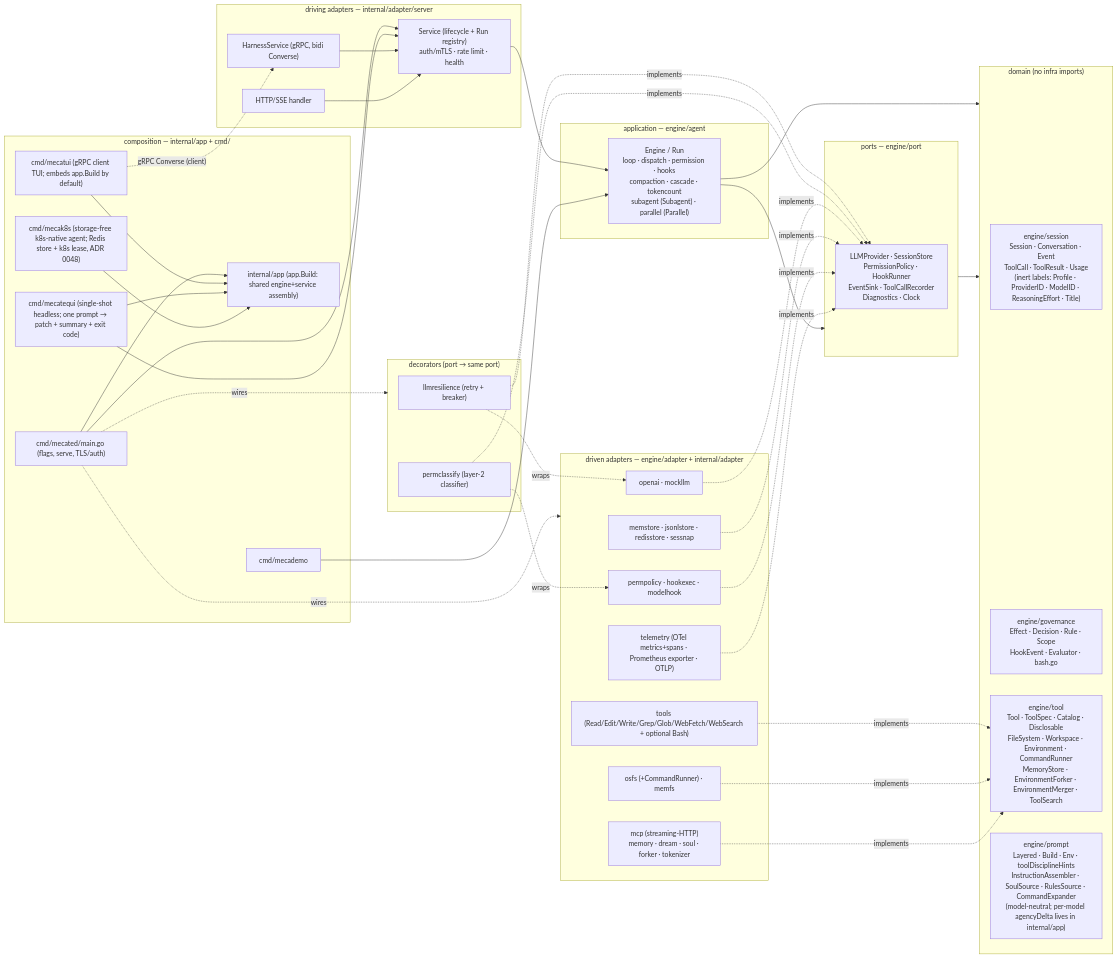
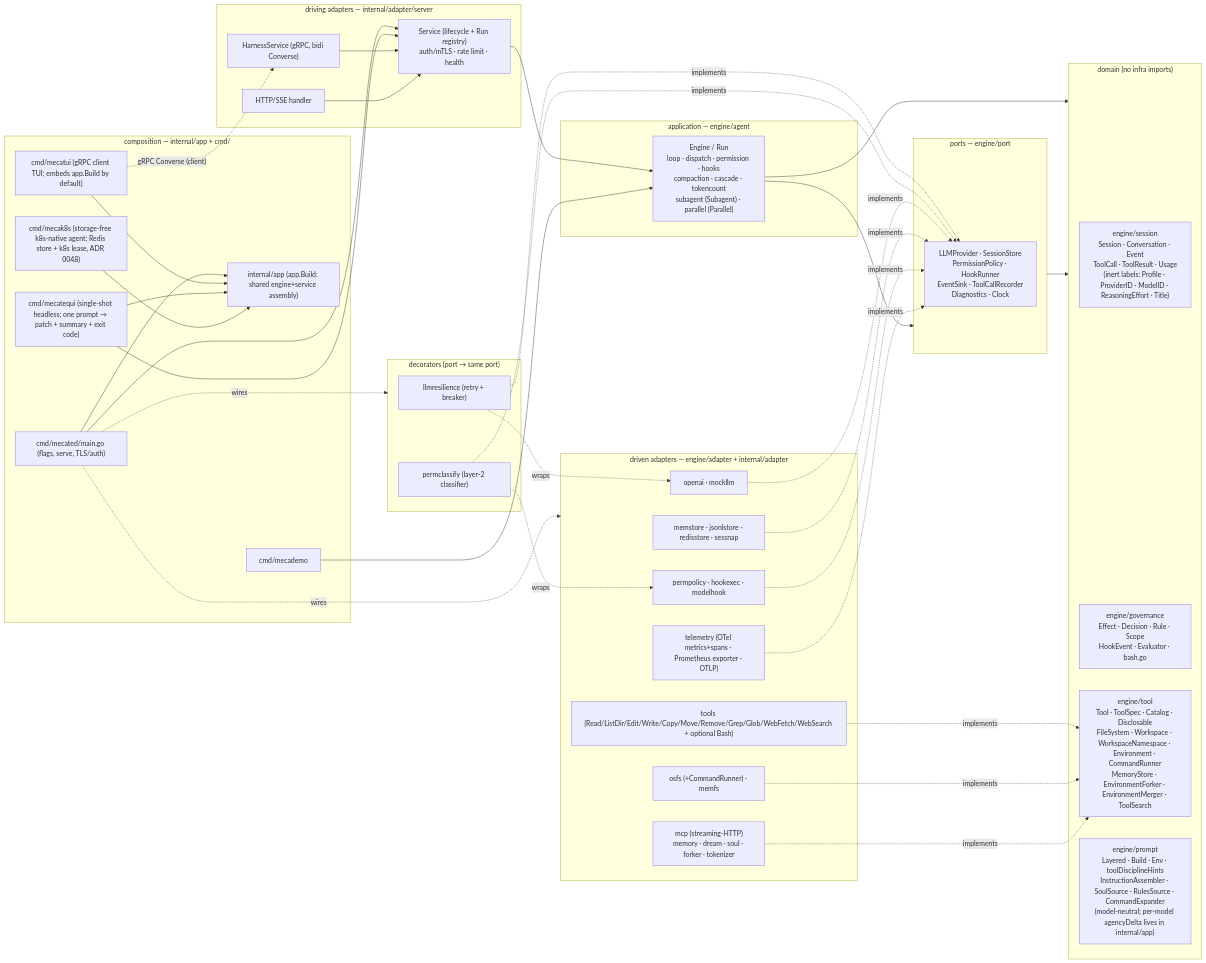
The diagram in docs/architecture.md (Sanskarzz/mecatl), drawn with Mermaid before and after one commit. The commit also changed other lines of this file and 61 other files, not shown here.

````diff
--- a/docs/architecture.md
+++ b/docs/architecture.md
@@ -547,74 +547,74 @@
 ```mermaid
 flowchart LR
   subgraph CMD["composition — internal/app + cmd/"]
     app["internal/app (app.Build: shared engine+service assembly)"]
     mecated["cmd/mecated/main.go (flags, serve, TLS/auth)"]
     demo["cmd/mecademo"]
     tui["cmd/mecatui (gRPC client TUI; embeds app.Build by default)"]
     mq["cmd/mecatequi (single-shot headless; one prompt → patch + summary + exit code)"]
     k8s["cmd/mecak8s (storage-free k8s-native agent; Redis store + k8s lease, ADR 0048)"]
     mecated --> app
     tui --> app
     mq --> app
     k8s --> app
   end
 
   subgraph DRIVING["driving adapters — internal/adapter/server"]
     grpc["HarnessService (gRPC, bidi Converse)"]
     http["HTTP/SSE handler"]
     svc["Service (lifecycle + Run registry)\nauth/mTLS · rate limit · health"]
   end
 
   subgraph APP["application — engine/agent"]
     engine["Engine / Run\nloop · dispatch · permission · hooks\ncompaction · cascade · tokencount\nsubagent (Subagent) · parallel (Parallel)"]
   end
 
   subgraph PORTS["ports — engine/port"]
     p["LLMProvider · SessionStore\nPermissionPolicy · HookRunner\nEventSink · ToolCallRecorder\nDiagnostics · Clock"]
   end
 
   subgraph DOMAIN["domain (no infra imports)"]
     sess["engine/session\nSession · Conversation · Event\nToolCall · ToolResult · Usage\n(inert labels: Profile · ProviderID · ModelID · ReasoningEffort · Title)"]
     gov["engine/governance\nEffect · Decision · Rule · Scope\nHookEvent · Evaluator · bash.go"]
-    tl["engine/tool\nTool · ToolSpec · Catalog · Disclosable\nFileSystem · Workspace · Environment · CommandRunner\nMemoryStore · EnvironmentForker · EnvironmentMerger · ToolSearch"]
+    tl["engine/tool\nTool · ToolSpec · Catalog · Disclosable\nFileSystem · Workspace · WorkspaceNamespace · Environment · CommandRunner\nMemoryStore · EnvironmentForker · EnvironmentMerger · ToolSearch"]
     pr["engine/prompt\nLayered · Build · Env · toolDisciplineHints\nInstructionAssembler · SoulSource · RulesSource · CommandExpander\n(model-neutral; per-model agencyDelta lives in internal/app)"]
   end
 
   subgraph DECOR["decorators (port → same port)"]
     res["llmresilience (retry + breaker)"]
     pc["permclassify (layer-2 classifier)"]
   end
 
   subgraph DRIVEN["driven adapters — engine/adapter + internal/adapter"]
     oai["openai · mockllm"]
     fs["osfs (+CommandRunner) · memfs"]
     st["memstore · jsonlstore · redisstore · sessnap"]
-    tools["tools (Read/Edit/Write/Grep/Glob/WebFetch/WebSearch + optional Bash)"]
+    tools["tools (Read/ListDir/Edit/Write/Copy/Move/Remove/Grep/Glob/WebFetch/WebSearch + optional Bash)"]
     pp["permpolicy · hookexec · modelhook"]
     tel["telemetry (OTel metrics+spans · Prometheus exporter · OTLP)"]
     ext["mcp (streaming-HTTP)\nmemory · dream · soul · forker · tokenizer"]
   end
 
   mecated --> svc --> engine
   demo --> engine
   mq --> svc
   tui -. "gRPC Converse (client)" .-> grpc
   grpc --> svc
   http --> svc
   engine --> PORTS
   engine --> DOMAIN
   PORTS --> DOMAIN
   res -.wraps.-> oai
   res -.implements.-> p
   pc -.wraps.-> pp
   pc -.implements.-> p
   oai -.implements.-> p
   st -.implements.-> p
   pp -.implements.-> p
   tel -.implements.-> p
   tools -.implements.-> tl
   fs -.implements.-> tl
   ext -.implements.-> tl
   mecated -. wires .-> DRIVEN
   mecated -. wires .-> DECOR
 ```
````
